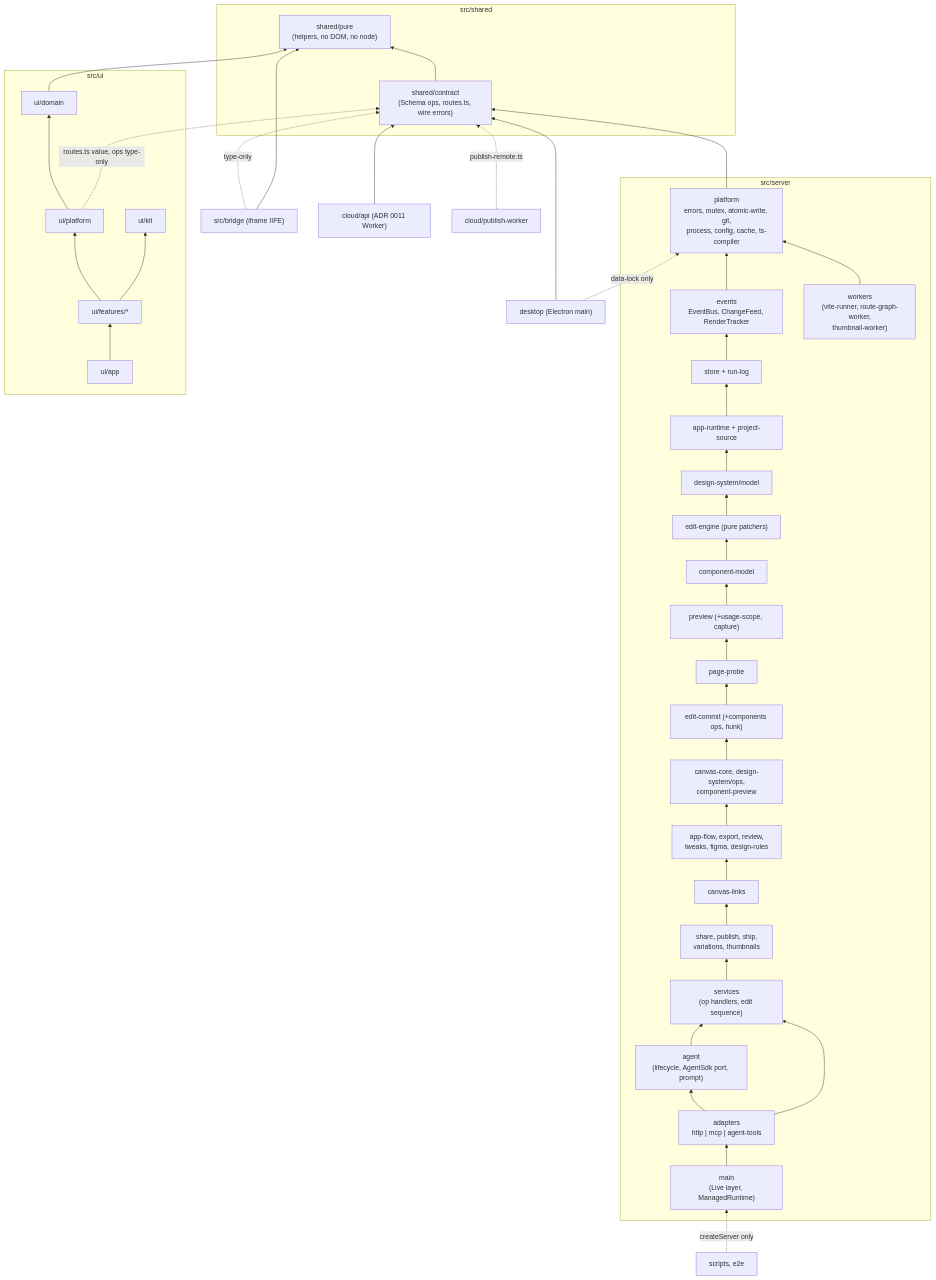
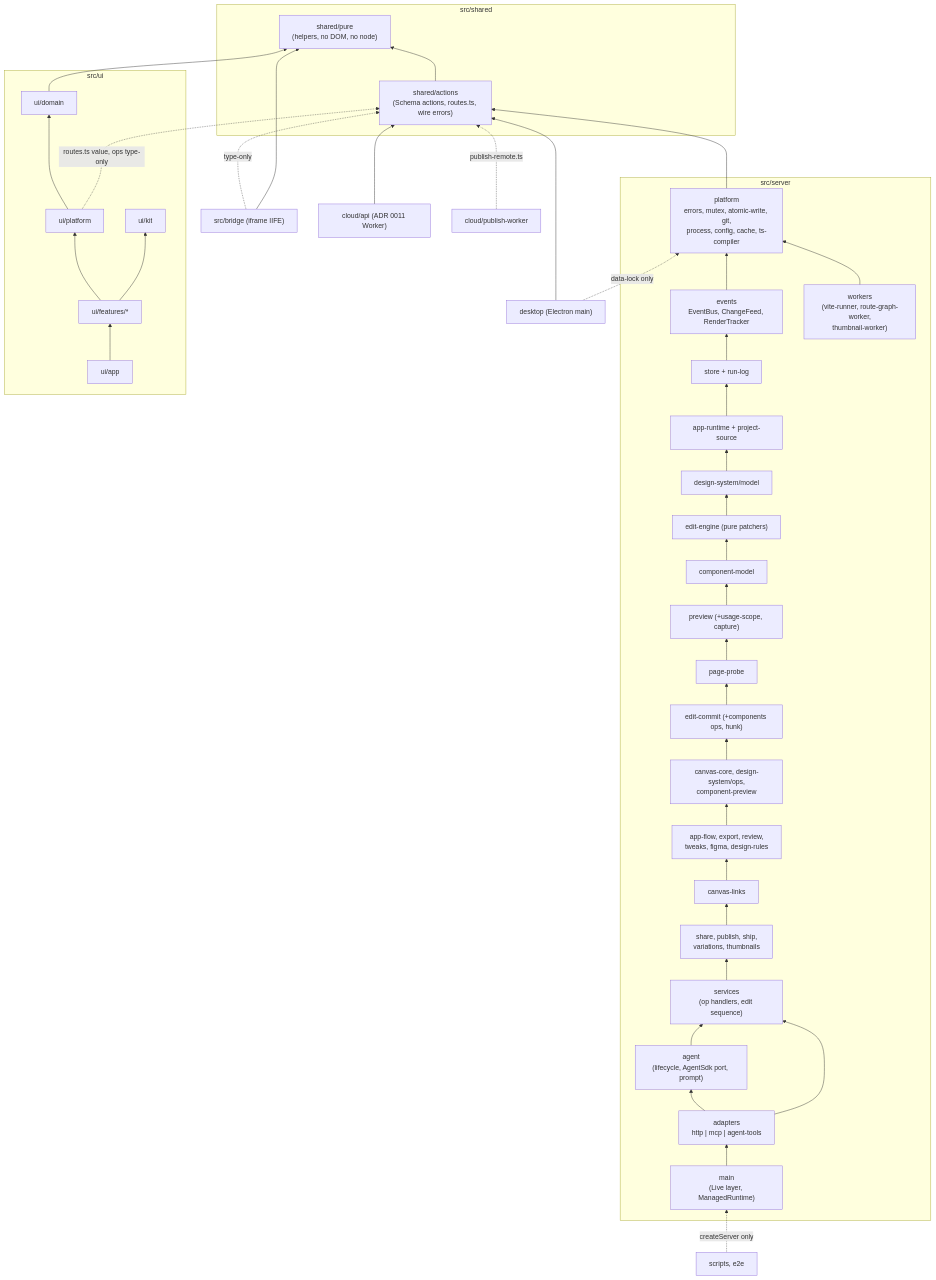
Before and after one commit to Tbsheff/design-studio: the diagram in docs/adr/0010-effect-and-enforced-layers.md, drawn with Mermaid. The commit also changed other lines of this file and 115 other files, not shown here.

````diff
--- a/docs/adr/0010-effect-and-enforced-layers.md
+++ b/docs/adr/0010-effect-and-enforced-layers.md
@@ -61,79 +61,79 @@
 ```mermaid
 flowchart BT
   subgraph shared["src/shared"]
     pure["shared/pure<br/>(helpers, no DOM, no node)"]
-    contract["shared/contract<br/>(Schema ops, routes.ts, wire errors)"]
+    contract["shared/actions<br/>(Schema actions, routes.ts, wire errors)"]
     contract --> pure
   end
 
   subgraph server["src/server"]
     platform["platform<br/>errors, mutex, atomic-write, git,<br/>process, config, cache, ts-compiler"]
     L1["events<br/>EventBus, ChangeFeed, RenderTracker"]
     L2["store + run-log"]
     L3["app-runtime + project-source"]
     L4["design-system/model"]
     L5["edit-engine (pure patchers)"]
     L6["component-model"]
     L7["preview (+usage-scope, capture)"]
     L8["page-probe"]
     L9["edit-commit (+components ops, hunk)"]
     L10["canvas-core, design-system/ops,<br/>component-preview"]
     L11["app-flow, export, review,<br/>tweaks, figma, design-rules"]
     L12["canvas-links"]
     L13["share, publish, ship,<br/>variations, thumbnails"]
     services["services<br/>(op handlers, edit sequence)"]
     agent["agent<br/>(lifecycle, AgentSdk port, prompt)"]
     adapters["adapters<br/>http | mcp | agent-tools"]
     main["main<br/>(Live layer, ManagedRuntime)"]
     workers["workers<br/>(vite-runner, route-graph-worker,<br/>thumbnail-worker)"]
 
     L1 --> platform
     L2 --> L1
     L3 --> L2
     L4 --> L3
     L5 --> L4
     L6 --> L5
     L7 --> L6
     L8 --> L7
     L9 --> L8
     L10 --> L9
     L11 --> L10
     L12 --> L11
     L13 --> L12
     services --> L13
     agent --> services
     adapters --> agent
     adapters --> services
     main --> adapters
     workers --> platform
   end
 
   subgraph ui["src/ui"]
     kit["ui/kit"]
     udomain["ui/domain"]
     uplatform["ui/platform"]
     features["ui/features/*"]
     app["ui/app"]
     uplatform --> udomain
     features --> uplatform
     features --> kit
     app --> features
   end
 
   bridge["src/bridge (iframe IIFE)"]
   desktop["desktop (Electron main)"]
   tooling["scripts, e2e"]
   cloudapi["cloud/api (ADR 0011 Worker)"]
   cloudpub["cloud/publish-worker"]
 
   platform --> contract
   udomain --> pure
   uplatform -. "routes.ts value, ops type-only" .-> contract
   bridge -. "type-only" .-> contract
   bridge --> pure
   desktop --> contract
   desktop -. "data-lock only" .-> platform
   tooling -. "createServer only" .-> main
   cloudapi --> contract
   cloudpub -. "publish-remote.ts" .-> contract
 ```
````
